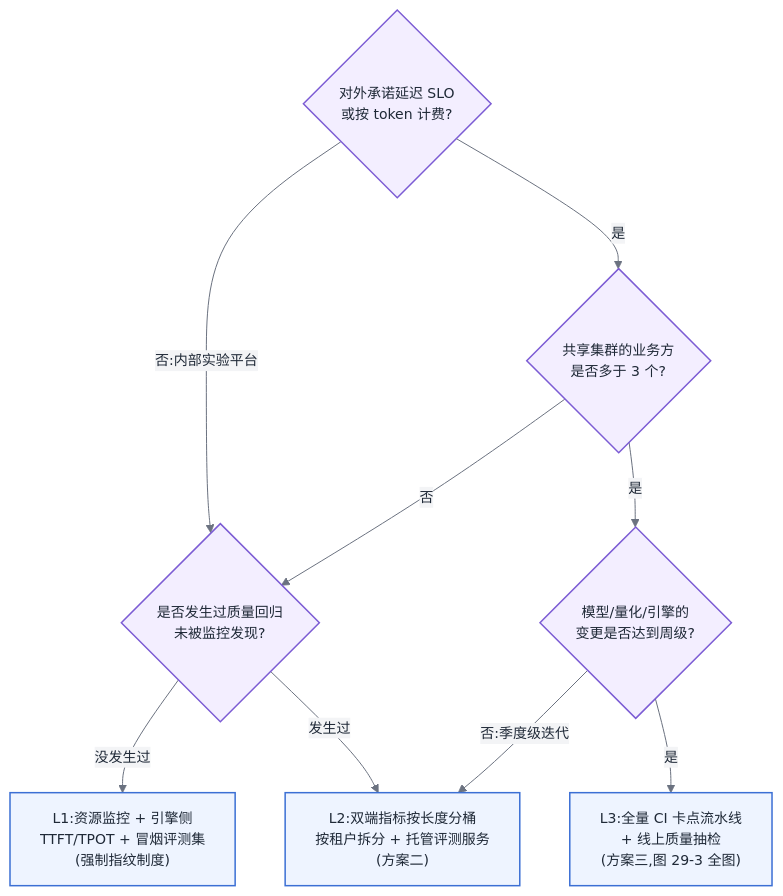
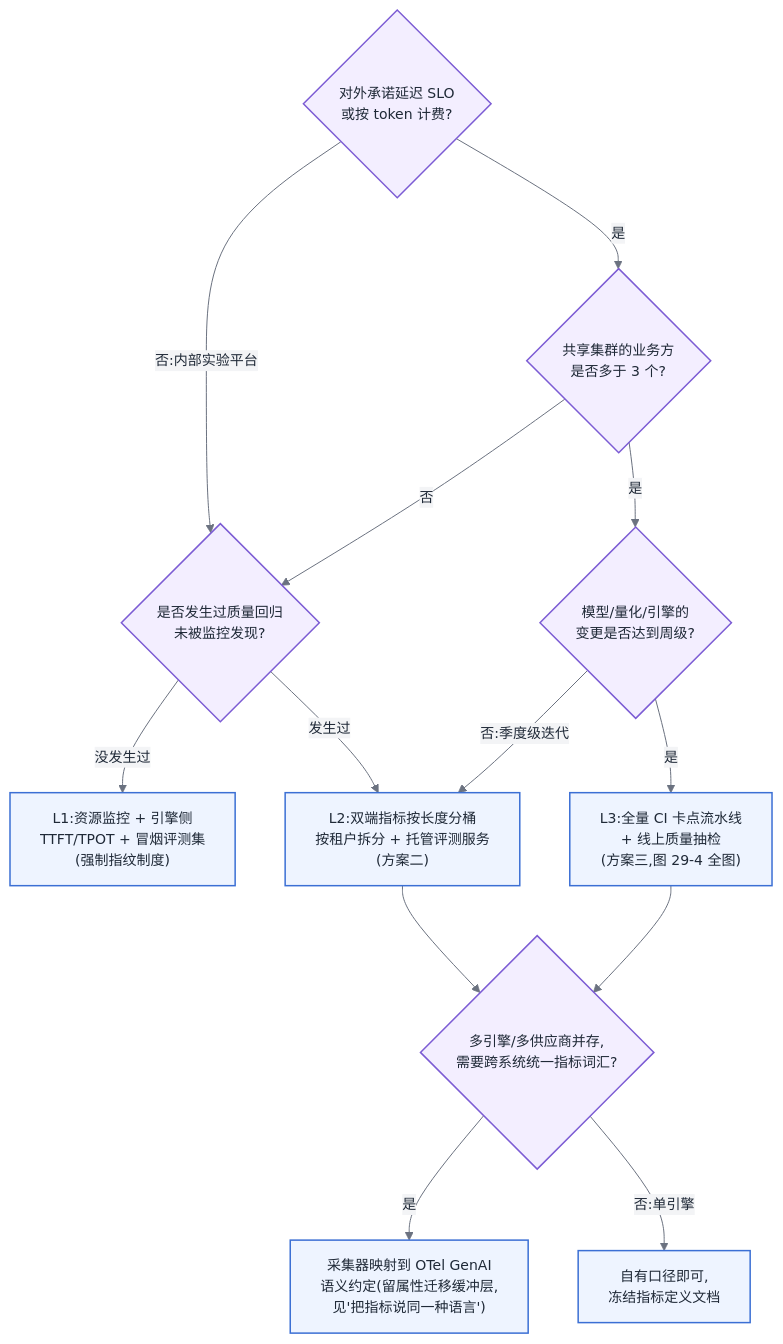
Before and after one commit to cdavid817/AI-Infra: the fourth of 4 diagrams in 第六部分-上层平台/第29章-可观测性与评测流水线.md, drawn with Mermaid. The commit also changed other lines of this file and 7 other files, not shown here.

First line of the commit message:
docs(observability): extend chapters 27-29 with OTel GenAI semantic conventions (Task Group 11 §17.6)

````diff
--- a/第六部分-上层平台/第29章-可观测性与评测流水线.md
+++ b/第六部分-上层平台/第29章-可观测性与评测流水线.md
@@ -215,29 +269,36 @@
 ```mermaid
 %%{init: {'theme':'base','themeVariables':{
   'primaryColor':'#EEF4FF','primaryBorderColor':'#3B6FD4','primaryTextColor':'#1F2937',
   'secondaryColor':'#F3F4F6','tertiaryColor':'#FFFFFF',
   'lineColor':'#6B7280','fontFamily':'-apple-system, Segoe UI, Helvetica, Arial, sans-serif','fontSize':'14px'
 }}}%%
 flowchart TB
   classDef ctrl fill:#F3EEFF,stroke:#7C5CD4,stroke-width:1.5px,color:#1F2937
   classDef compute fill:#EEF4FF,stroke:#3B6FD4,stroke-width:1.5px,color:#1F2937
   classDef bad fill:#FDECEC,stroke:#D64545,stroke-width:1.5px,color:#1F2937
 
   Q1{"对外承诺延迟 SLO<br/>或按 token 计费?"}:::ctrl
   Q2{"共享集群的业务方<br/>是否多于 3 个?"}:::ctrl
   Q3{"模型/量化/引擎的<br/>变更是否达到周级?"}:::ctrl
   Q4{"是否发生过质量回归<br/>未被监控发现?"}:::ctrl
 
   L1["L1:资源监控 + 引擎侧<br/>TTFT/TPOT + 冒烟评测集<br/>(强制指纹制度)"]:::compute
   L2["L2:双端指标按长度分桶<br/>按租户拆分 + 托管评测服务<br/>(方案二)"]:::compute
-  L3["L3:全量 CI 卡点流水线<br/>+ 线上质量抽检<br/>(方案三,图 29-3 全图)"]:::compute
+  L3["L3:全量 CI 卡点流水线<br/>+ 线上质量抽检<br/>(方案三,图 29-4 全图)"]:::compute
+
+  Q5{"多引擎/多供应商并存,<br/>需要跨系统统一指标词汇?"}:::ctrl
+  OT["采集器映射到 OTel GenAI<br/>语义约定(留属性迁移缓冲层,<br/>见'把指标说同一种语言')"]:::compute
 
   Q1 -->|"否:内部实验平台"| Q4
   Q1 -->|"是"| Q2
   Q2 -->|"否"| Q4
   Q2 -->|"是"| Q3
   Q3 -->|"否:季度级迭代"| L2
   Q3 -->|"是"| L3
   Q4 -->|"没发生过"| L1
   Q4 -->|"发生过"| L2
+  L2 --> Q5
+  L3 --> Q5
+  Q5 -->|"是"| OT
+  Q5 -->|"否:单引擎"| KEEP["自有口径即可,<br/>冻结指标定义文档"]:::compute
 ```
````
